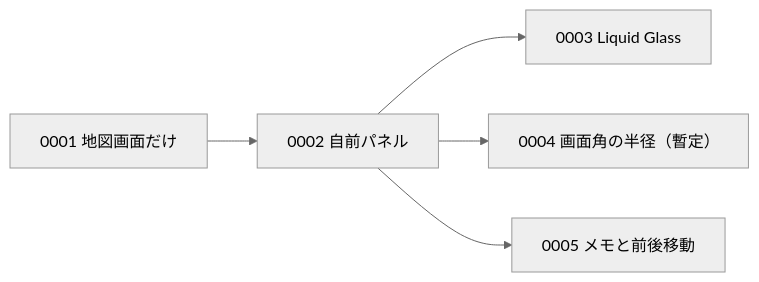
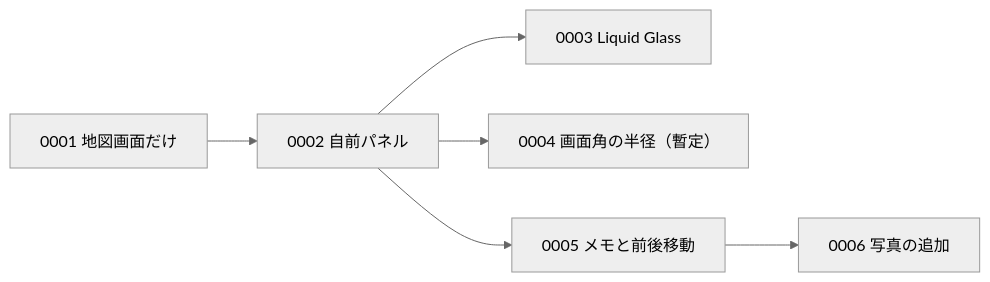
One commit to akidon0000/tabi-memo changed the diagram in docs/adr/README.md. Above: the diagram before and after it, drawn with Mermaid (neutral theme). The commit also changed other lines of this file and 11 other files, not shown here.

Commit message:
写真の追加を実装: 複数選択→横にめくる詳細モーダル→一括保存、位置の地図指定、AI の提案

````diff
--- a/docs/adr/README.md
+++ b/docs/adr/README.md
@@ -36,7 +37,8 @@
 ```mermaid
 flowchart LR
     0001["0001 地図画面だけ"] --> 0002["0002 自前パネル"]
     0002 --> 0003["0003 Liquid Glass"]
     0002 --> 0004["0004 画面角の半径（暫定）"]
     0002 --> 0005["0005 メモと前後移動"]
+    0005 --> 0006["0006 写真の追加"]
 ```
````
